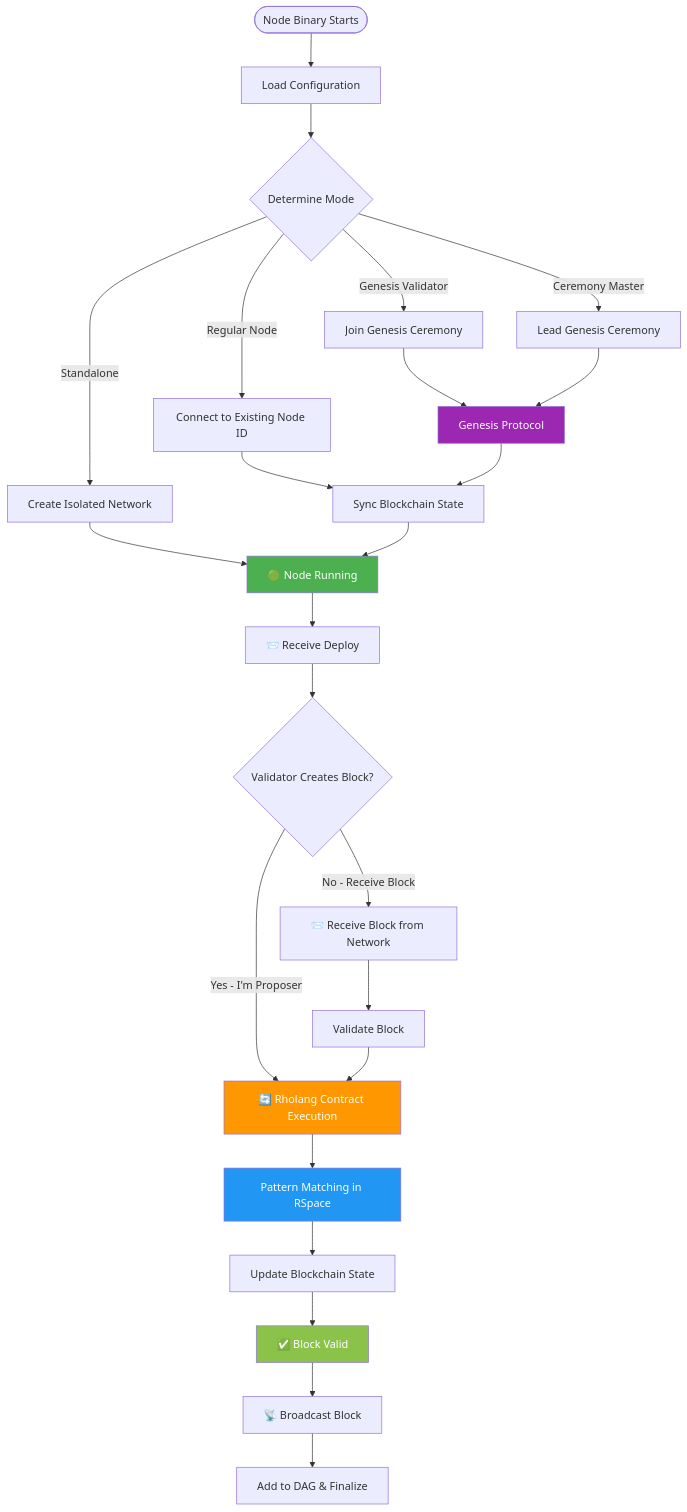
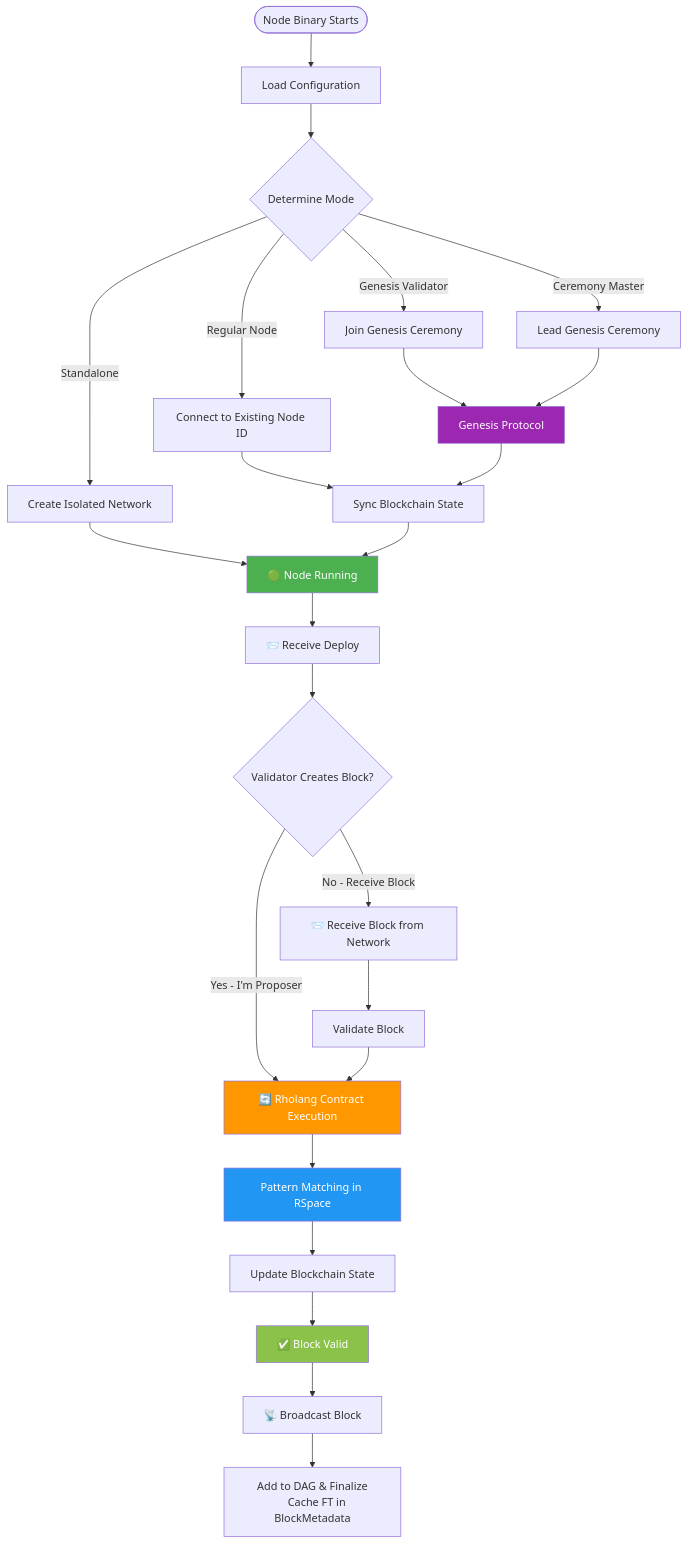
The first of 4 diagrams in docs/f1r3fly_state_diagram.md (F1R3FLY-io/f1r3node), drawn with Mermaid before and after one commit. The commit also changed 20 other files, not shown here.

````diff
--- a/docs/f1r3fly_state_diagram.md
+++ b/docs/f1r3fly_state_diagram.md
@@ -11,42 +11,43 @@
 ```mermaid
 flowchart TD
     START([Node Binary Starts]) --> CONFIG[Load Configuration]
     CONFIG --> MODE{Determine Mode}
     
     MODE -->|Regular Node| BOOTSTRAP[Connect to Existing Node ID]
     MODE -->|Genesis Validator| GENESIS_V[Join Genesis Ceremony]
     MODE -->|Ceremony Master| GENESIS_M[Lead Genesis Ceremony]
     MODE -->|Standalone| STANDALONE[Create Isolated Network]
     
     BOOTSTRAP --> SYNC[Sync Blockchain State]
     GENESIS_V --> GENESIS_FLOW[Genesis Protocol]
     GENESIS_M --> GENESIS_FLOW
     STANDALONE --> RUNNING
     
     GENESIS_FLOW --> SYNC
     SYNC --> RUNNING[🟢 Node Running]
     
     %% Transaction Processing Flow
     RUNNING --> DEPLOY_POOL[📨 Receive Deploy]
     DEPLOY_POOL --> BLOCK_CREATE{Validator Creates Block?}
     
     BLOCK_CREATE -->|Yes - I'm Proposer| CONTRACT[🔄 Rholang Contract Execution]
     BLOCK_CREATE -->|No - Receive Block| BLOCK_RX[📨 Receive Block from Network]
     
     BLOCK_RX --> VALIDATE[Validate Block]
     VALIDATE --> CONTRACT
     
     CONTRACT --> PATTERN[Pattern Matching in RSpace]
     PATTERN --> STATE_UPDATE[Update Blockchain State]
     STATE_UPDATE --> BLOCK_VALID[✅ Block Valid]
     
     BLOCK_VALID --> BROADCAST[📡 Broadcast Block]
-    BROADCAST --> FINALIZE[Add to DAG & Finalize]
+    BROADCAST --> FINALIZE[Add to DAG & Finalize
+    Cache FT in BlockMetadata]
     
     %% Styling
     style RUNNING fill:#4caf50,color:#fff
     style CONTRACT fill:#ff9800,color:#fff
     style PATTERN fill:#2196f3,color:#fff
     style BLOCK_VALID fill:#8bc34a,color:#fff
     style GENESIS_FLOW fill:#9c27b0,color:#fff
 ```
````
